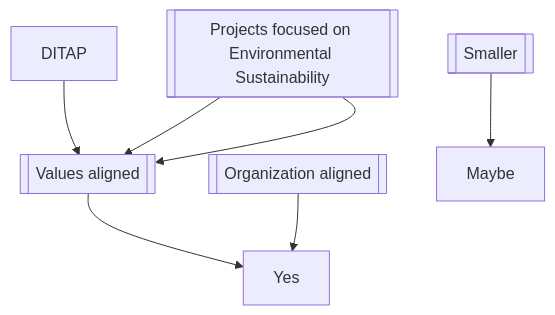
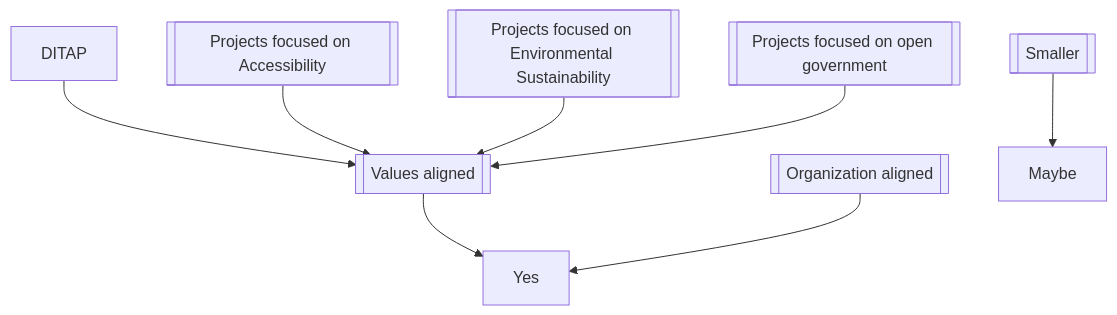
The second of 2 diagrams in impact.md (mgifford/mermaid-graphs), drawn with Mermaid before and after one commit.

````diff
--- a/impact.md
+++ b/impact.md
@@ -26,9 +26,10 @@
 ```mermaid
 graph TD
    DITAP-->Tier1;
    Accessibility[[Projects focused on Accessibility]]-->Tier1;
-   Accessibility[[Projects focused on Environmental Sustainability]]-->Tier1;
+   Sustainability[[Projects focused on Environmental Sustainability]]-->Tier1;
+   Open[[Projects focused on open government]]-->Tier1;
    Tier1[[Values aligned]]-->Yes;
    Tier2[[Organization aligned]]-->Yes
    Tier3[[Smaller]]-->Maybe
 ```
````
